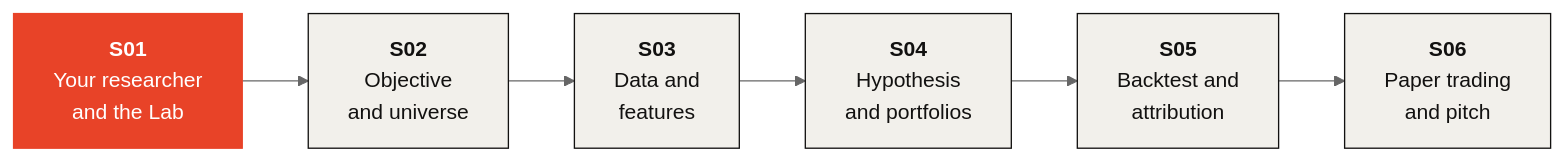
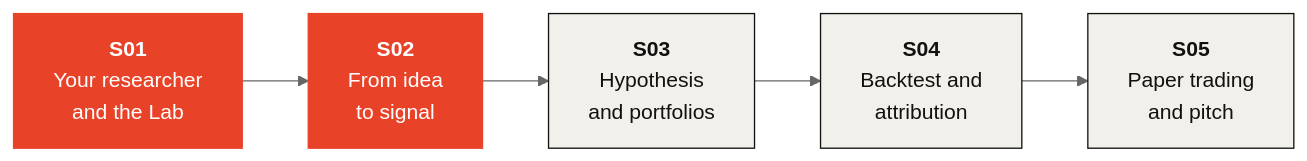
The diagram in README.md (KaxaNuk/Investment-Bootcamp), drawn with Mermaid (neutral theme) before and after one commit. The commit also changed other lines of this file and 4 other files, not shown here.

````diff
--- a/README.md
+++ b/README.md
@@ -41,14 +44,12 @@
 ```mermaid
 flowchart LR
-    S01["<b>S01</b><br/>Your researcher<br/>and the Lab"] --> S02["<b>S02</b><br/>Objective<br/>and universe"]
-    S02 --> S03["<b>S03</b><br/>Data and<br/>features"]
-    S03 --> S04["<b>S04</b><br/>Hypothesis<br/>and portfolios"]
-    S04 --> S05["<b>S05</b><br/>Backtest and<br/>attribution"]
-    S05 --> S06["<b>S06</b><br/>Paper trading<br/>and pitch"]
+    S01["<b>S01</b><br/>Your researcher<br/>and the Lab"] --> S02["<b>S02</b><br/>From idea<br/>to signal"]
+    S02 --> S03["<b>S03</b><br/>Hypothesis<br/>and portfolios"]
+    S03 --> S04["<b>S04</b><br/>Backtest and<br/>attribution"]
+    S04 --> S05["<b>S05</b><br/>Paper trading<br/>and pitch"]
     style S01 fill:#E84328,stroke:#E84328,color:#ffffff
-    style S02 fill:#F2F0EB,stroke:#121110,color:#121110
+    style S02 fill:#E84328,stroke:#E84328,color:#ffffff
     style S03 fill:#F2F0EB,stroke:#121110,color:#121110
     style S04 fill:#F2F0EB,stroke:#121110,color:#121110
     style S05 fill:#F2F0EB,stroke:#121110,color:#121110
-    style S06 fill:#F2F0EB,stroke:#121110,color:#121110
 ```
````
